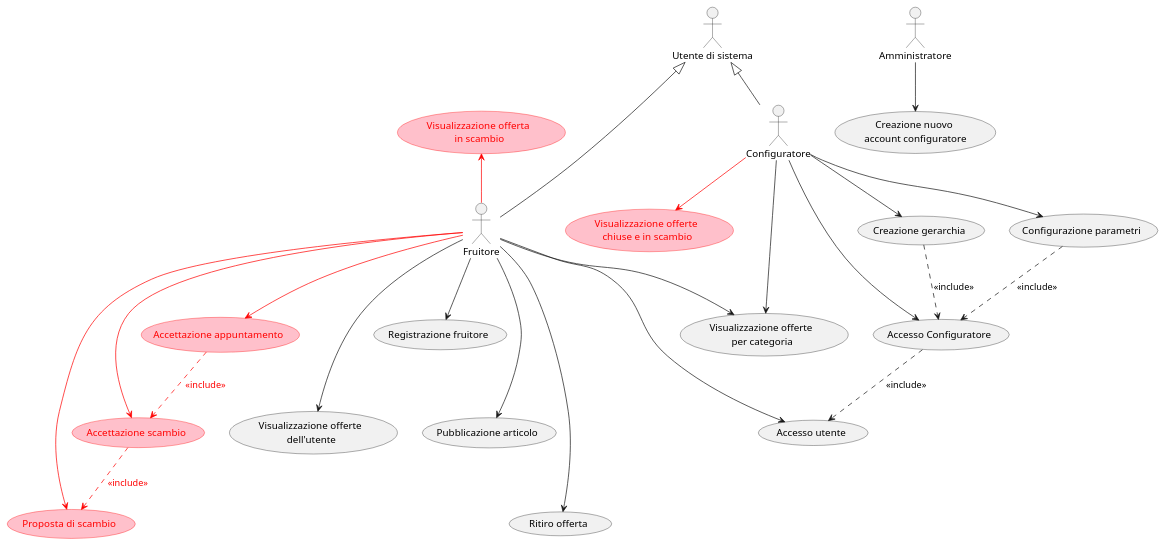
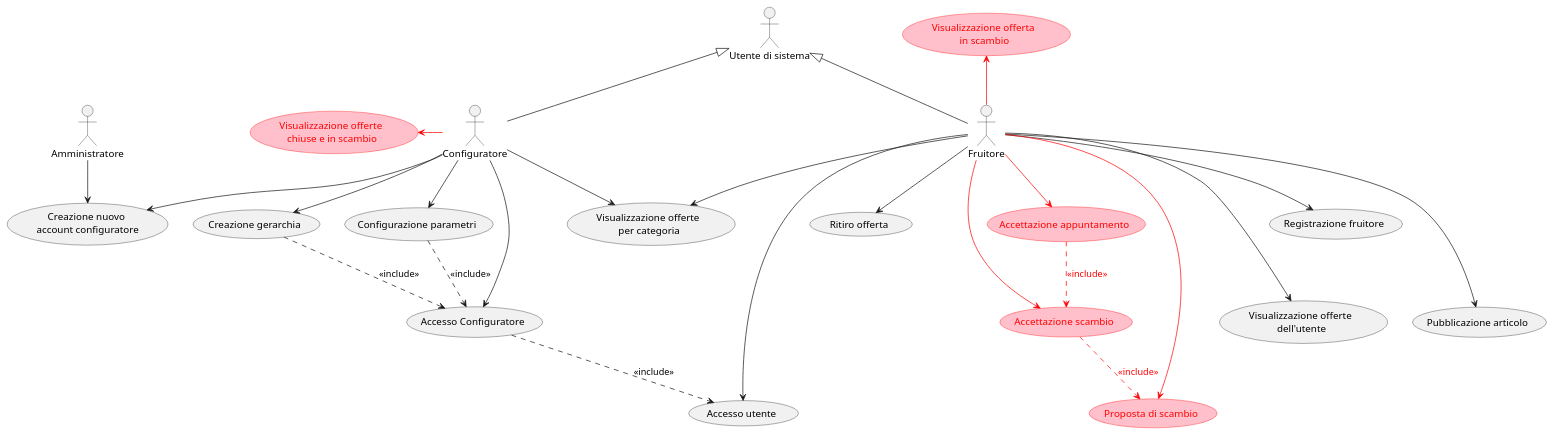
The diagram in DOC/VER4/diagrams/use_case/version_4.puml (Matlice/ing_sw_2022), drawn with PlantUML before and after one commit. The commit also changed 9 other files, not shown here.

```diff
--- a/DOC/VER4/diagrams/use_case/version_4.puml
+++ b/DOC/VER4/diagrams/use_case/version_4.puml
@@ -1,60 +1,61 @@
 @startuml
 
 :Utente di sistema: as user
 :Configuratore: as conf
 :Amministratore: as adm
 
 conf -up-|> user
 conf --> (Accesso Configuratore)
 conf --> (Creazione gerarchia)
 
 adm --> (Creazione nuovo \naccount configuratore)
+conf --> (Creazione nuovo \naccount configuratore)
 
 (Accesso Configuratore) ..> (Accesso utente): <<include>>
 (Creazione gerarchia) ..> (Accesso Configuratore): <<include>>
 
 :Fruitore: as fruit
 
 fruit -up-|> user
 
 (Configurazione parametri)
 (Registrazione fruitore)
 
 conf --> (Configurazione parametri)
 fruit --> (Registrazione fruitore)
 fruit --> (Accesso utente)
 (Configurazione parametri) ..> (Accesso Configuratore) : <<include>>
 
 fruit --> (Pubblicazione articolo)
 fruit --> (Ritiro offerta)
 fruit --> (Visualizzazione offerte \nper categoria)
 conf --> (Visualizzazione offerte \nper categoria)
 fruit --> (Visualizzazione offerte \ndell'utente)
 
 
 'VERSIONE 4 ==========================================
 
 (Proposta di scambio) #pink;line:red;text:red
 (Accettazione scambio) #pink;line:red;text:red
 (Accettazione appuntamento) #pink;line:red;text:red
 (Visualizzazione offerta \nin scambio) #pink;line:red;text:red
 (Visualizzazione offerte \nchiuse e in scambio) #pink;line:red;text:red
 
 fruit --> (Proposta di scambio) #red;text:red
 fruit --> (Accettazione scambio) #red;text:red
 fruit --> (Accettazione appuntamento) #red;text:red
 fruit -up-> (Visualizzazione offerta \nin scambio) #red;text:red
-conf --> (Visualizzazione offerte \nchiuse e in scambio) #red;text:red
+conf -left-> (Visualizzazione offerte \nchiuse e in scambio) #red;text:red
 
 (Accettazione appuntamento) ..> (Accettazione scambio) #red;text:red : <<include>>
 (Accettazione scambio) ..> (Proposta di scambio) #red;text:red : <<include>>
 
-(Visualizzazione offerte \nchiuse e in scambio) -[hidden]- (Visualizzazione offerte \nper categoria)
+'(Visualizzazione offerte \nchiuse e in scambio) -[hidden]- (Visualizzazione offerte \nper categoria)
 (Registrazione fruitore) -[hidden]- (Pubblicazione articolo)
-(Pubblicazione articolo) -[hidden]- (Ritiro offerta)
+'(Pubblicazione articolo) -[hidden]- (Ritiro offerta)
 '(Accettazione appuntamento) -[hidden]- (Ritiro offerta)
 (Registrazione fruitore) -[hidden]- (Visualizzazione offerte \ndell'utente)
-(Accettazione appuntamento) -[hidden]- (Visualizzazione offerte \ndell'utente)
+'(Accettazione appuntamento) -[hidden]- (Visualizzazione offerte \ndell'utente)
 '(Visualizzazione offerte \nchiuse e in scambio) -[hidden]- (Visualizzazione offerte \nper categoria)
 
 @enduml
```
